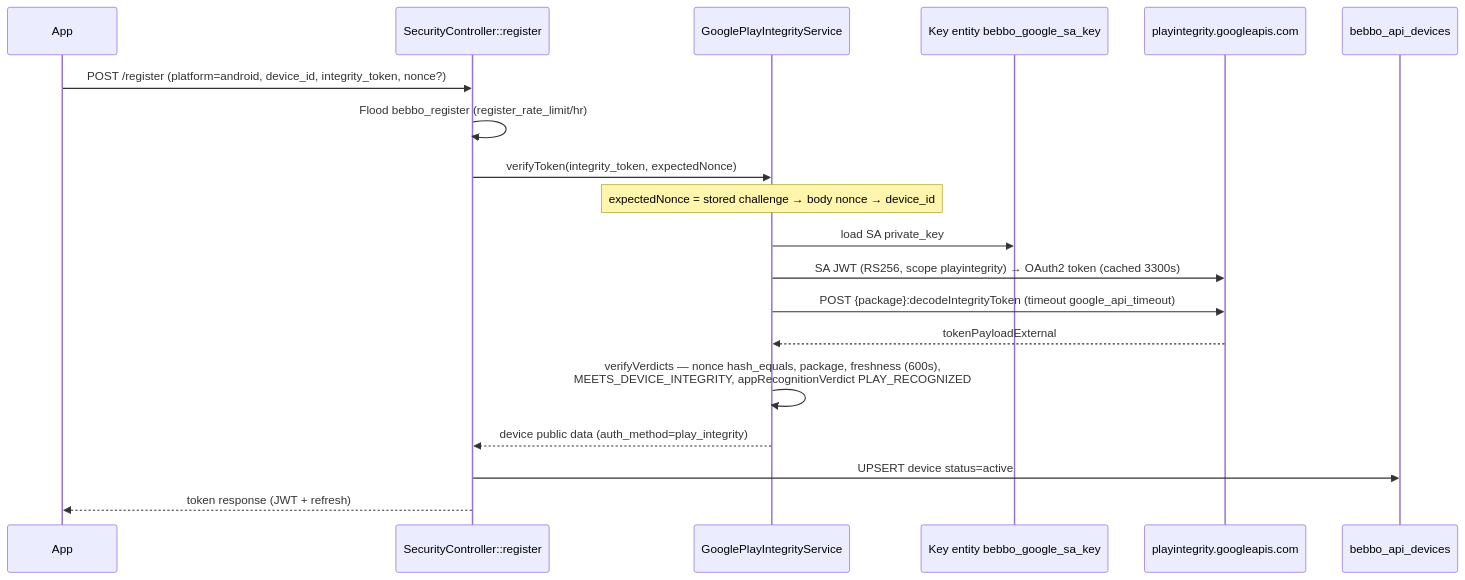
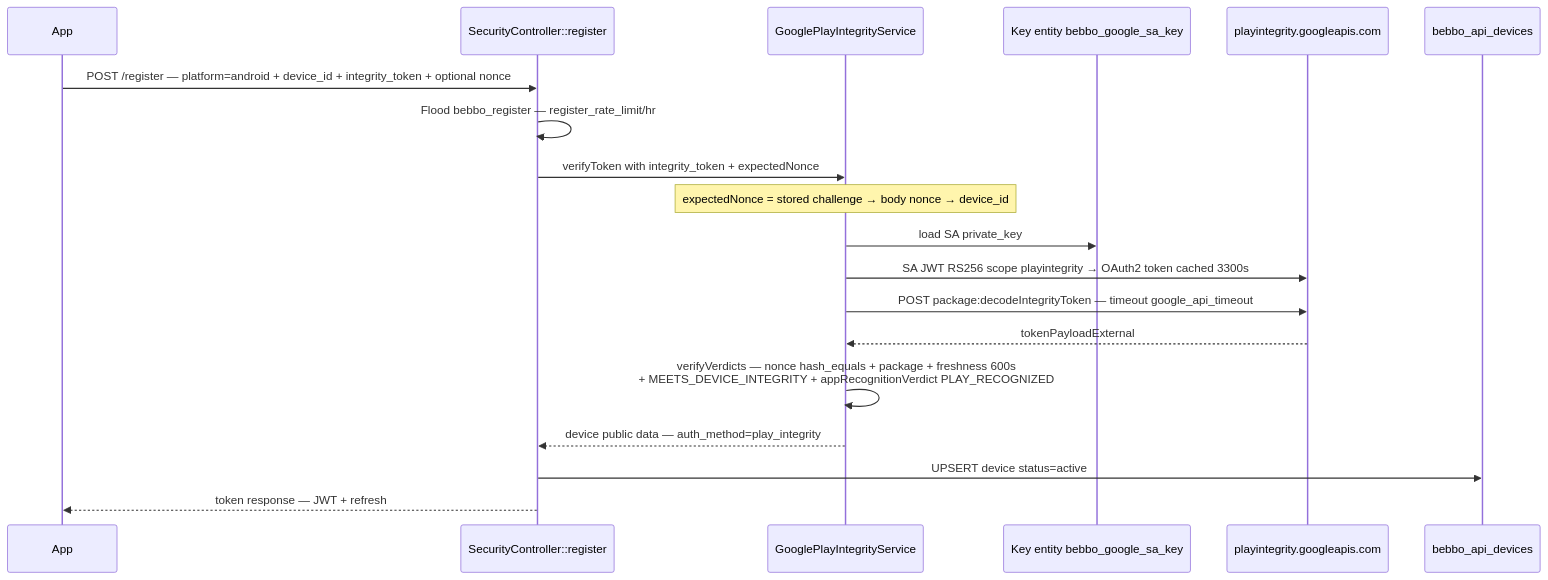
One commit to jaydevb/parenting-app-bebbo-CMS changed the second of 5 diagrams in docs/API_SECURITY.md. Above: the diagram before and after it, drawn with Mermaid. The commit also changed other lines of this file, not shown here.

Commit message:
docs: fix mermaid parse errors in API security sequence diagrams
GitHub's mermaid renderer rejects sequence messages containing nested
parentheses or commas inside parentheses; the affected lines in the
sideloaded and Play Integrity diagrams now use dash/plus phrasing.

````diff
--- a/docs/API_SECURITY.md
+++ b/docs/API_SECURITY.md
@@ -63,22 +63,22 @@
 ```mermaid
 sequenceDiagram
     participant App
     participant Ctrl as SecurityController::register
     participant GPI as GooglePlayIntegrityService
     participant Key as Key entity bebbo_google_sa_key
     participant Google as playintegrity.googleapis.com
     participant DB as bebbo_api_devices
 
-    App->>Ctrl: POST /register (platform=android, device_id, integrity_token, nonce?)
-    Ctrl->>Ctrl: Flood bebbo_register (register_rate_limit/hr)
-    Ctrl->>GPI: verifyToken(integrity_token, expectedNonce)
+    App->>Ctrl: POST /register — platform=android + device_id + integrity_token + optional nonce
+    Ctrl->>Ctrl: Flood bebbo_register — register_rate_limit/hr
+    Ctrl->>GPI: verifyToken with integrity_token + expectedNonce
     Note over GPI: expectedNonce = stored challenge → body nonce → device_id
     GPI->>Key: load SA private_key
-    GPI->>Google: SA JWT (RS256, scope playintegrity) → OAuth2 token (cached 3300s)
-    GPI->>Google: POST {package}:decodeIntegrityToken (timeout google_api_timeout)
+    GPI->>Google: SA JWT RS256 scope playintegrity → OAuth2 token cached 3300s
+    GPI->>Google: POST package:decodeIntegrityToken — timeout google_api_timeout
     Google-->>GPI: tokenPayloadExternal
-    GPI->>GPI: verifyVerdicts — nonce hash_equals, package, freshness (600s),<br/>MEETS_DEVICE_INTEGRITY, appRecognitionVerdict PLAY_RECOGNIZED
-    GPI-->>Ctrl: device public data (auth_method=play_integrity)
+    GPI->>GPI: verifyVerdicts — nonce hash_equals + package + freshness 600s<br/>+ MEETS_DEVICE_INTEGRITY + appRecognitionVerdict PLAY_RECOGNIZED
+    GPI-->>Ctrl: device public data — auth_method=play_integrity
     Ctrl->>DB: UPSERT device status=active
-    Ctrl-->>App: token response (JWT + refresh)
+    Ctrl-->>App: token response — JWT + refresh
 ```
````
